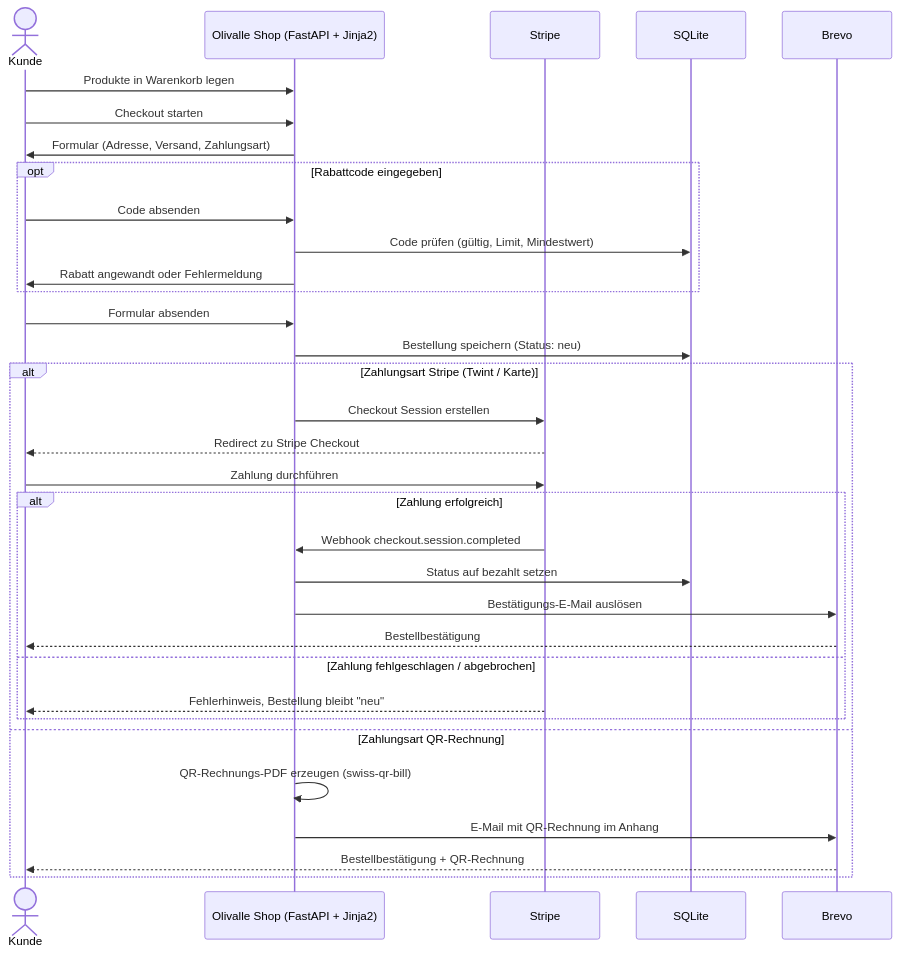
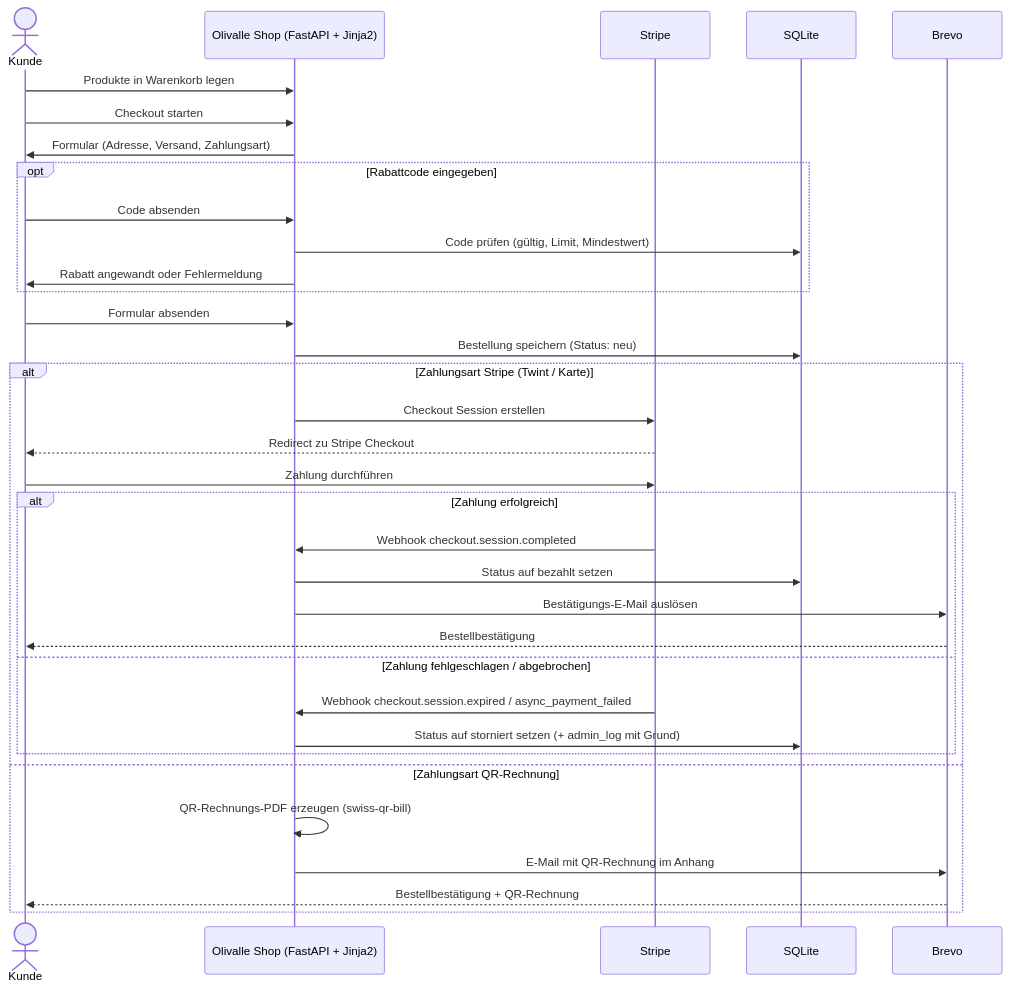
Before and after one commit to konstantinniedermann/olivalle-webshop: the first of 2 diagrams in docs/bestellprozess.md, drawn with Mermaid. The commit also changed other lines of this file and 1 other file, not shown here.

Commit message:
docs: Stripe-Abbruch storniert die Bestellung (nicht 'bleibt neu') (#152)
Der Webhook verarbeitet drei Events: completed -> bezahlt,
expired/async_payment_failed -> storniert (je mit Audit-Log).
bestellprozess.md (Diagramm + Fliesstext) und arc42 §5/§8 sowie der
State-Diagramm-Lesehinweis auf den real existierenden Auto-Storno-Pfad
korrigiert (webhooks.py:110-149).

Closes #152

````diff
--- a/docs/bestellprozess.md
+++ b/docs/bestellprozess.md
@@ -7,37 +7,38 @@
 ```mermaid
 sequenceDiagram
     actor Kunde
     participant Shop as Olivalle Shop (FastAPI + Jinja2)
     participant Stripe
     participant DB as SQLite
     participant Brevo
 
     Kunde->>Shop: Produkte in Warenkorb legen
     Kunde->>Shop: Checkout starten
     Shop->>Kunde: Formular (Adresse, Versand, Zahlungsart)
     opt Rabattcode eingegeben
         Kunde->>Shop: Code absenden
         Shop->>DB: Code prüfen (gültig, Limit, Mindestwert)
         Shop->>Kunde: Rabatt angewandt oder Fehlermeldung
     end
     Kunde->>Shop: Formular absenden
     Shop->>DB: Bestellung speichern (Status: neu)
 
     alt Zahlungsart Stripe (Twint / Karte)
         Shop->>Stripe: Checkout Session erstellen
         Stripe-->>Kunde: Redirect zu Stripe Checkout
         Kunde->>Stripe: Zahlung durchführen
         alt Zahlung erfolgreich
             Stripe->>Shop: Webhook checkout.session.completed
             Shop->>DB: Status auf bezahlt setzen
             Shop->>Brevo: Bestätigungs-E-Mail auslösen
             Brevo-->>Kunde: Bestellbestätigung
         else Zahlung fehlgeschlagen / abgebrochen
-            Stripe-->>Kunde: Fehlerhinweis, Bestellung bleibt "neu"
+            Stripe->>Shop: Webhook checkout.session.expired / async_payment_failed
+            Shop->>DB: Status auf storniert setzen (+ admin_log mit Grund)
         end
     else Zahlungsart QR-Rechnung
         Shop->>Shop: QR-Rechnungs-PDF erzeugen (swiss-qr-bill)
         Shop->>Brevo: E-Mail mit QR-Rechnung im Anhang
         Brevo-->>Kunde: Bestellbestätigung + QR-Rechnung
     end
 ```
````
